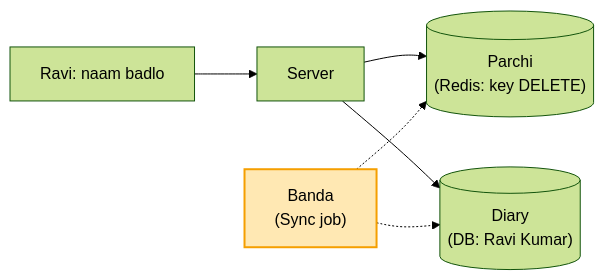
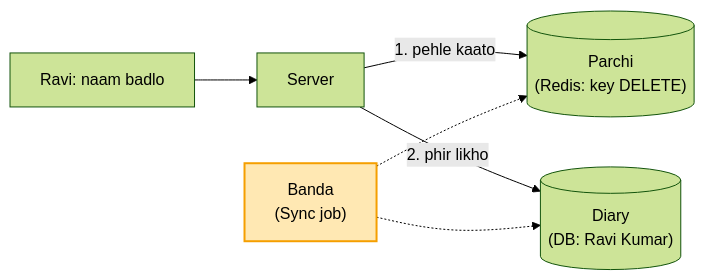
One commit to ArpanMaheshwari144/Prep changed the fifth of 7 diagrams in 04_HLD/SYSTEM_DESIGNS/10_distributed_cache/10_distributed_cache.md. Above: the diagram before and after it, drawn with Mermaid (forest theme). The commit also changed 5 other files, not shown here.

Commit message:
HLD milaan: Docs vaada kadam 5 se mila, Chat purani '979 ke baad' line hati; diagram: Notification + File upload me vasiyat (outbox) + relay, Cache me 1 kaato 2 likho, URL 302 + no-store

````diff
--- a/04_HLD/SYSTEM_DESIGNS/10_distributed_cache/10_distributed_cache.md
+++ b/04_HLD/SYSTEM_DESIGNS/10_distributed_cache/10_distributed_cache.md
@@ -136,9 +136,9 @@
 ```mermaid
 flowchart LR
     U["Ravi: naam badlo"] --> S["Server"]
-    S --> C[("Parchi<br/>(Redis: key DELETE)")]
-    S --> D[("Diary<br/>(DB: Ravi Kumar)")]
+    S -- "1. pehle kaato" --> C[("Parchi<br/>(Redis: key DELETE)")]
+    S -- "2. phir likho" --> D[("Diary<br/>(DB: Ravi Kumar)")]
     J["Banda<br/>(Sync job)"] -.-> C
     J -.-> D
     style J fill:#ffe8b3,stroke:#f59f00,stroke-width:2px,color:#000
 ```
````
